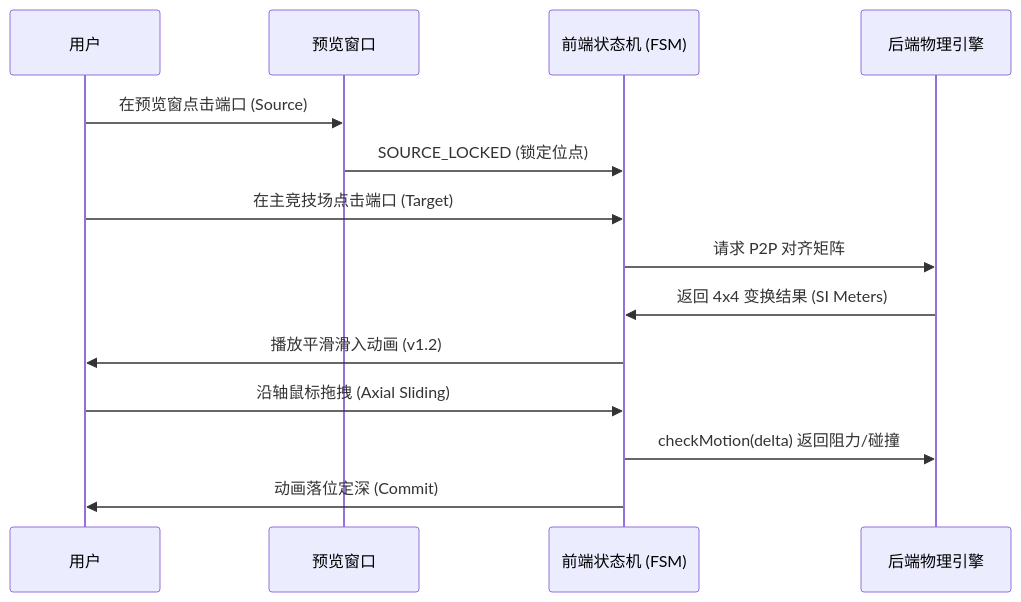
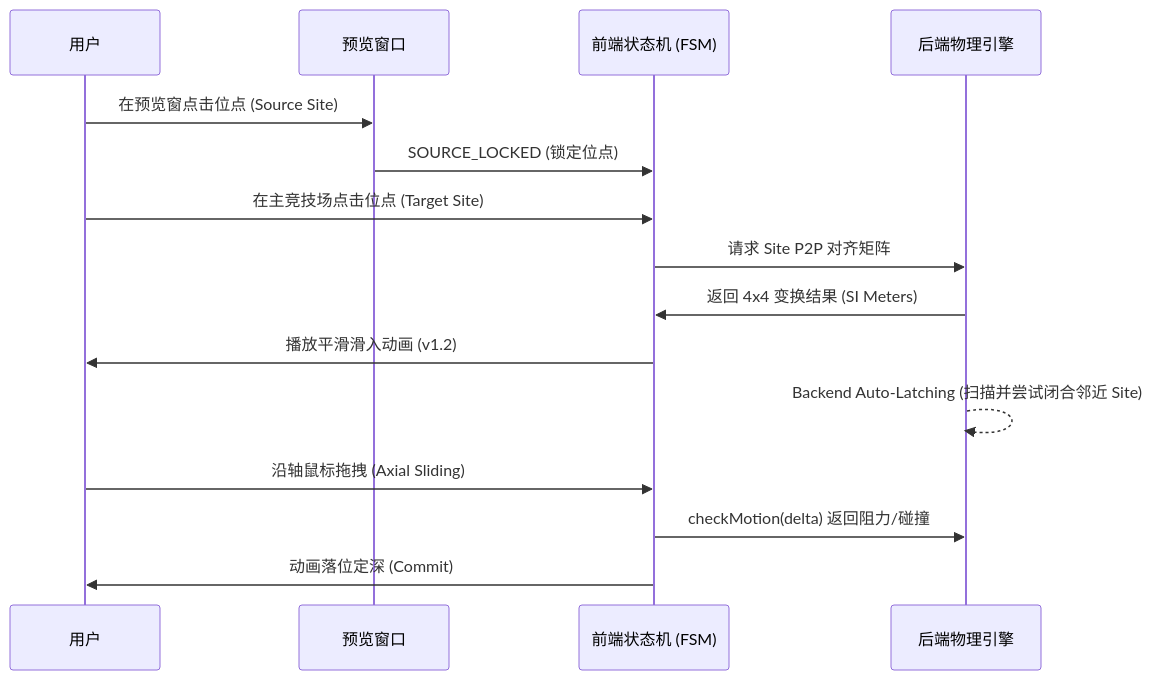
The diagram in docs/02_system_design/03_assembly_logic_and_algorithms.md (zhongchao-han/lego_cad_sim), drawn with Mermaid before and after one commit. The commit also changed other lines of this file and 16 other files, not shown here.

First line of the commit message:
feat(topology): v3.1 Site-Based core & Auto-Latch Scanner implementation

````diff
--- a/docs/02_system_design/03_assembly_logic_and_algorithms.md
+++ b/docs/02_system_design/03_assembly_logic_and_algorithms.md
@@ -24,17 +24,18 @@
 ```mermaid
 sequenceDiagram
     participant User as 用户
     participant UI as 预览窗口
     participant Store as 前端状态机 (FSM)
     participant Engine as 后端物理引擎
 
-    User->>UI: 在预览窗点击端口 (Source)
+    User->>UI: 在预览窗点击位点 (Source Site)
     UI->>Store: SOURCE_LOCKED (锁定位点)
-    User->>Store: 在主竞技场点击端口 (Target)
-    Store->>Engine: 请求 P2P 对齐矩阵
+    User->>Store: 在主竞技场点击位点 (Target Site)
+    Store->>Engine: 请求 Site P2P 对齐矩阵
     Engine->>Store: 返回 4x4 变换结果 (SI Meters)
     Store->>User: 播放平滑滑入动画 (v1.2)
+    Engine-->>Engine: Backend Auto-Latching (扫描并尝试闭合邻近 Site)
     User->>Store: 沿轴鼠标拖拽 (Axial Sliding)
     Store->>Engine: checkMotion(delta) 返回阻力/碰撞
     Store->>User: 动画落位定深 (Commit)
 ```
````
